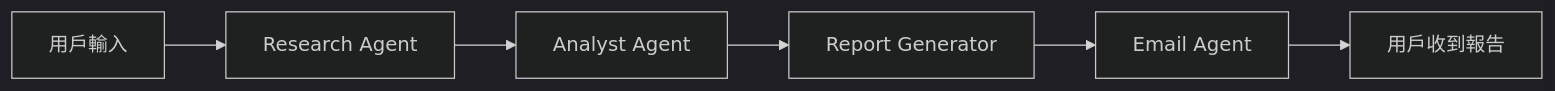
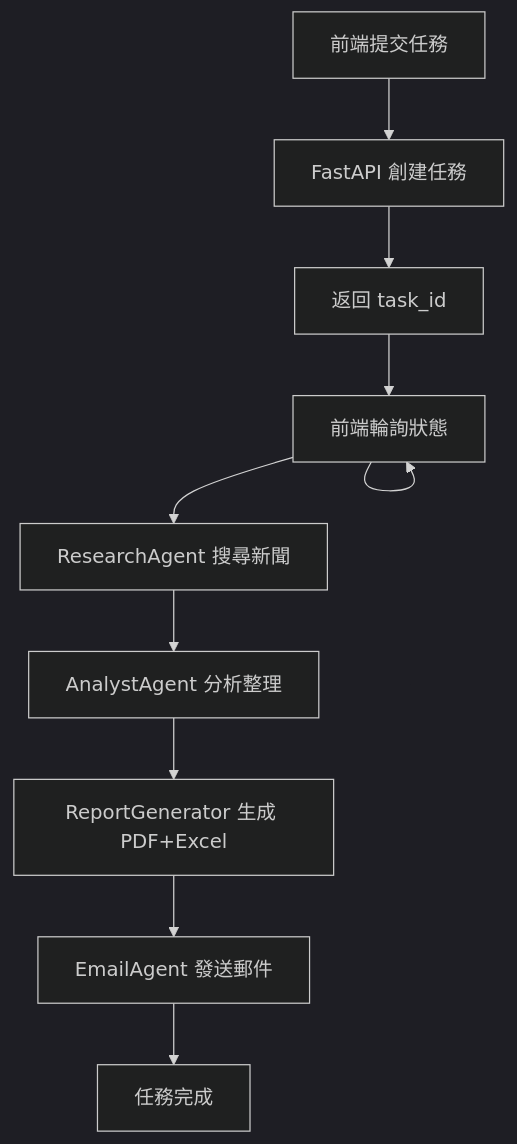
One commit to thisIsCodyLin1201/SEANewsAlert changed the diagram in README.md. Above: the diagram before and after it, drawn with Mermaid (dark theme). The commit also changed other lines of this file and 61 other files, not shown here.

````diff
--- a/README.md
+++ b/README.md
@@ -128,8 +185,12 @@
 ```mermaid
-graph LR
-    A[用戶輸入] --> B[Research Agent]
-    B --> C[Analyst Agent]
-    C --> D[Report Generator]
-    D --> E[Email Agent]
-    E --> F[用戶收到報告]
+graph TD
+    A[前端提交任務] --> B[FastAPI 創建任務]
+    B --> C[返回 task_id]
+    C --> D[前端輪詢狀態]
+    D --> E[ResearchAgent 搜尋新聞]
+    E --> F[AnalystAgent 分析整理]
+    F --> G[ReportGenerator 生成 PDF+Excel]
+    G --> H[EmailAgent 發送郵件]
+    H --> I[任務完成]
+    D --> D
 ```
````
